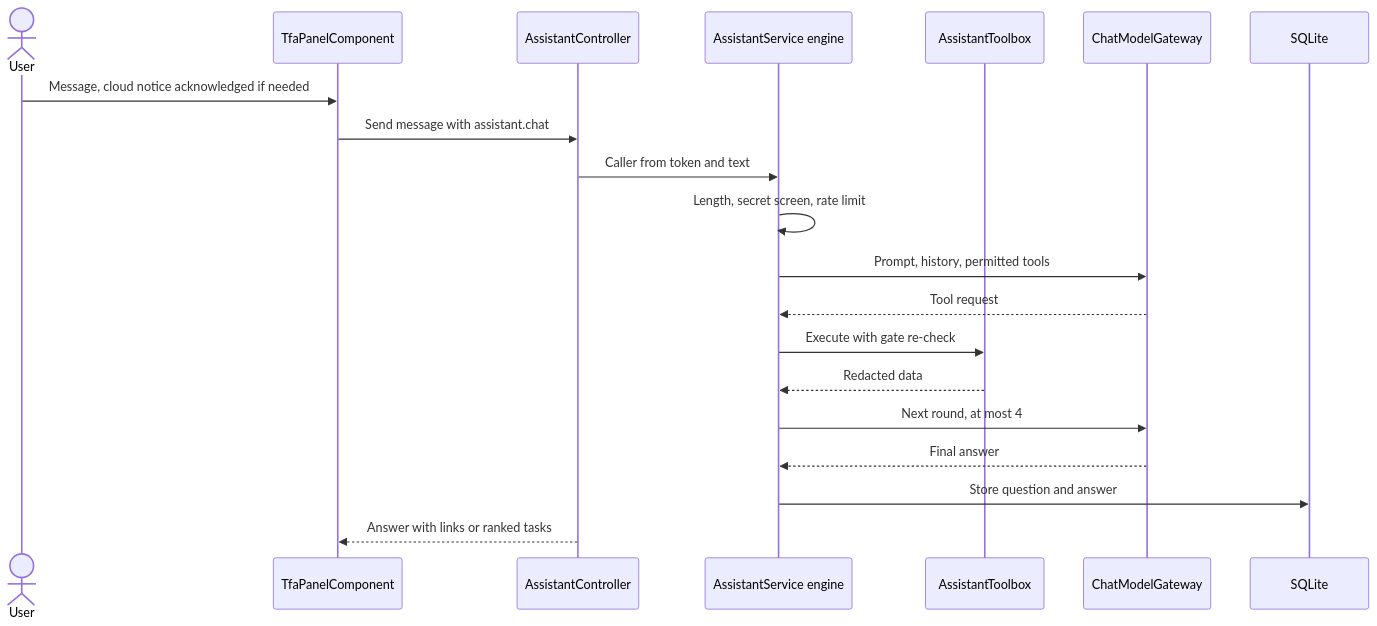
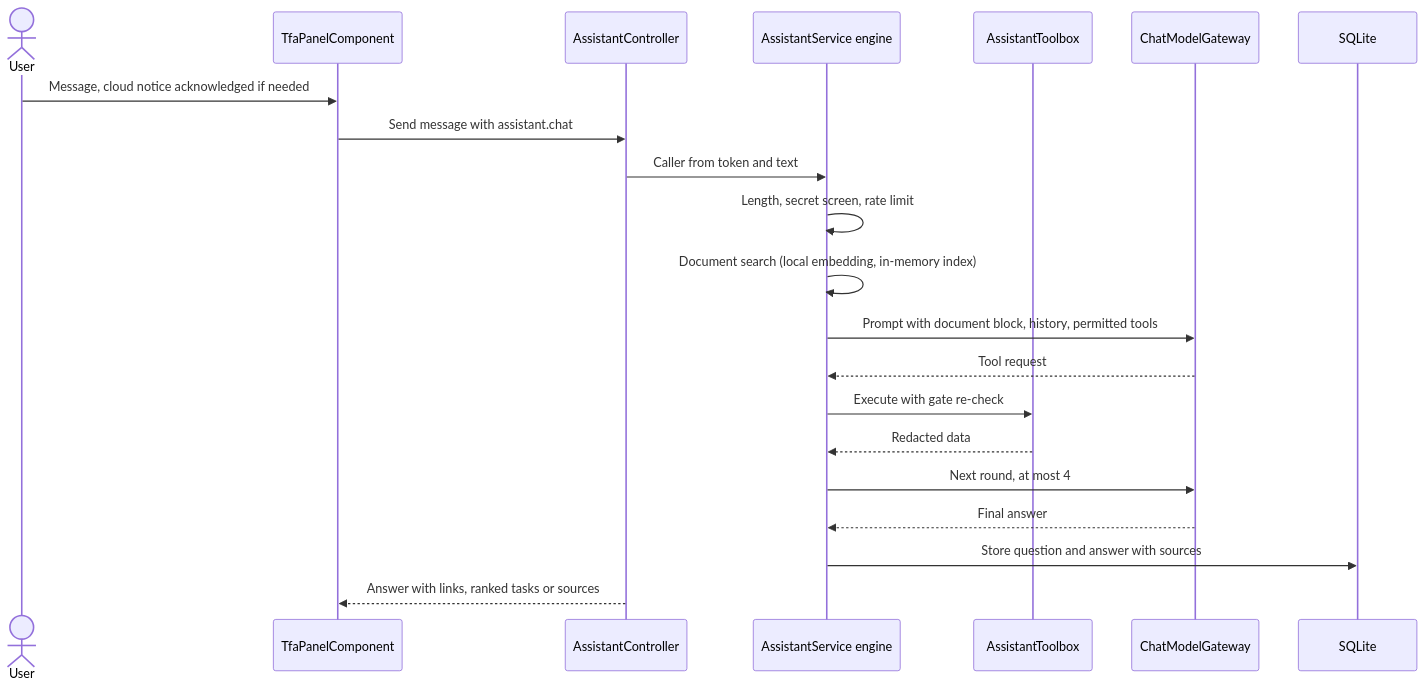
One commit to jojogeorge3344/TaskFlow-Project changed the fifth of 9 diagrams in TF - Documents/TF - HLD/08-TFA-Assistant/08.1-Assistant/HLD-Assistant.md. Above: the diagram before and after it, drawn with Mermaid. The commit also changed other lines of this file and 123 other files, not shown here.

First line of the commit message:
feat(assistant): answer documentation questions from TF - Documents via local RAG

````diff
--- a/TF - Documents/TF - HLD/08-TFA-Assistant/08.1-Assistant/HLD-Assistant.md
+++ b/TF - Documents/TF - HLD/08-TFA-Assistant/08.1-Assistant/HLD-Assistant.md
@@ -280,22 +315,23 @@
 ```mermaid
 sequenceDiagram
   actor U as User
   participant SPA as TfaPanelComponent
   participant C as AssistantController
   participant E as AssistantService engine
   participant T as AssistantToolbox
   participant G as ChatModelGateway
   participant DB as SQLite
   U->>SPA: Message, cloud notice acknowledged if needed
   SPA->>C: Send message with assistant.chat
   C->>E: Caller from token and text
   E->>E: Length, secret screen, rate limit
-  E->>G: Prompt, history, permitted tools
+  E->>E: Document search (local embedding, in-memory index)
+  E->>G: Prompt with document block, history, permitted tools
   G-->>E: Tool request
   E->>T: Execute with gate re-check
   T-->>E: Redacted data
   E->>G: Next round, at most 4
   G-->>E: Final answer
-  E->>DB: Store question and answer
-  C-->>SPA: Answer with links or ranked tasks
+  E->>DB: Store question and answer with sources
+  C-->>SPA: Answer with links, ranked tasks or sources
 ```
````
